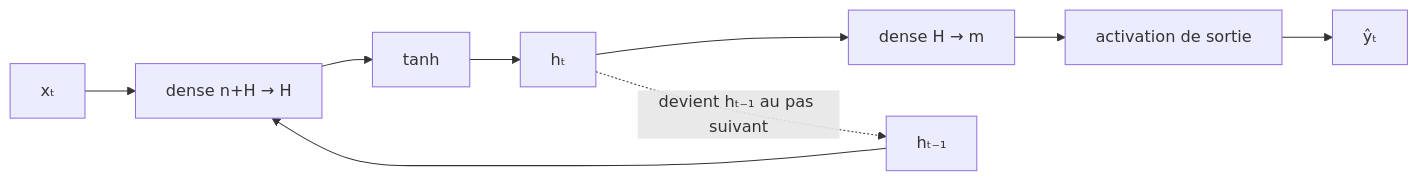
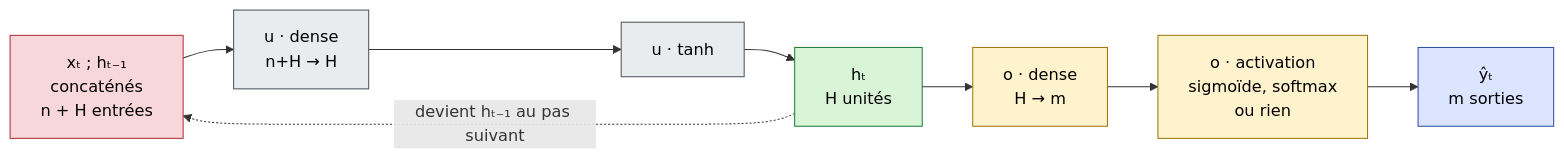
One commit to HydraaaNF/Obsidian-sciences-notes changed the diagram in Machine Learning/Cellule d'Elman.md. Above: the diagram before and after it, drawn with Mermaid. The commit also changed other lines of this file and 7 other files, not shown here.

````diff
--- a/Machine Learning/Cellule d'Elman.md
+++ b/Machine Learning/Cellule d'Elman.md
@@ -35,11 +35,20 @@
 ```mermaid
 flowchart LR
-    x["xₜ"] --> c["dense n+H → H"]
-    hp["hₜ₋₁"] --> c
-    c --> th["tanh"]
-    th --> h["hₜ"]
-    h --> d["dense H → m"]
-    d --> a["activation de sortie"]
-    a --> y["ŷₜ"]
-    h -.->|"devient hₜ₋₁ au pas suivant"| hp
+    c["xₜ ; hₜ₋₁<br/>concaténés<br/>n + H entrées"] --> d1["u · dense<br/>n+H → H"]
+    d1 --> th["u · tanh"]
+    th --> h["hₜ<br/>H unités"]
+    h --> d2["o · dense<br/>H → m"]
+    d2 --> act["o · activation<br/>sigmoïde, softmax<br/>ou rien"]
+    act --> y["ŷₜ<br/>m sorties"]
+    h -.->|"devient hₜ₋₁ au pas suivant"| c
+    classDef entree fill:#f8d7da,stroke:#b02a37,color:#000
+    classDef memoire fill:#d8f5d8,stroke:#1e7b34,color:#000
+    classDef sortie fill:#dbe5ff,stroke:#2b4c9b,color:#000
+    classDef maj fill:#e9ecef,stroke:#495057,color:#000
+    classDef out fill:#fff3cd,stroke:#997404,color:#000
+    class c entree
+    class h memoire
+    class y sortie
+    class d1,th maj
+    class d2,act out
 ```
````
